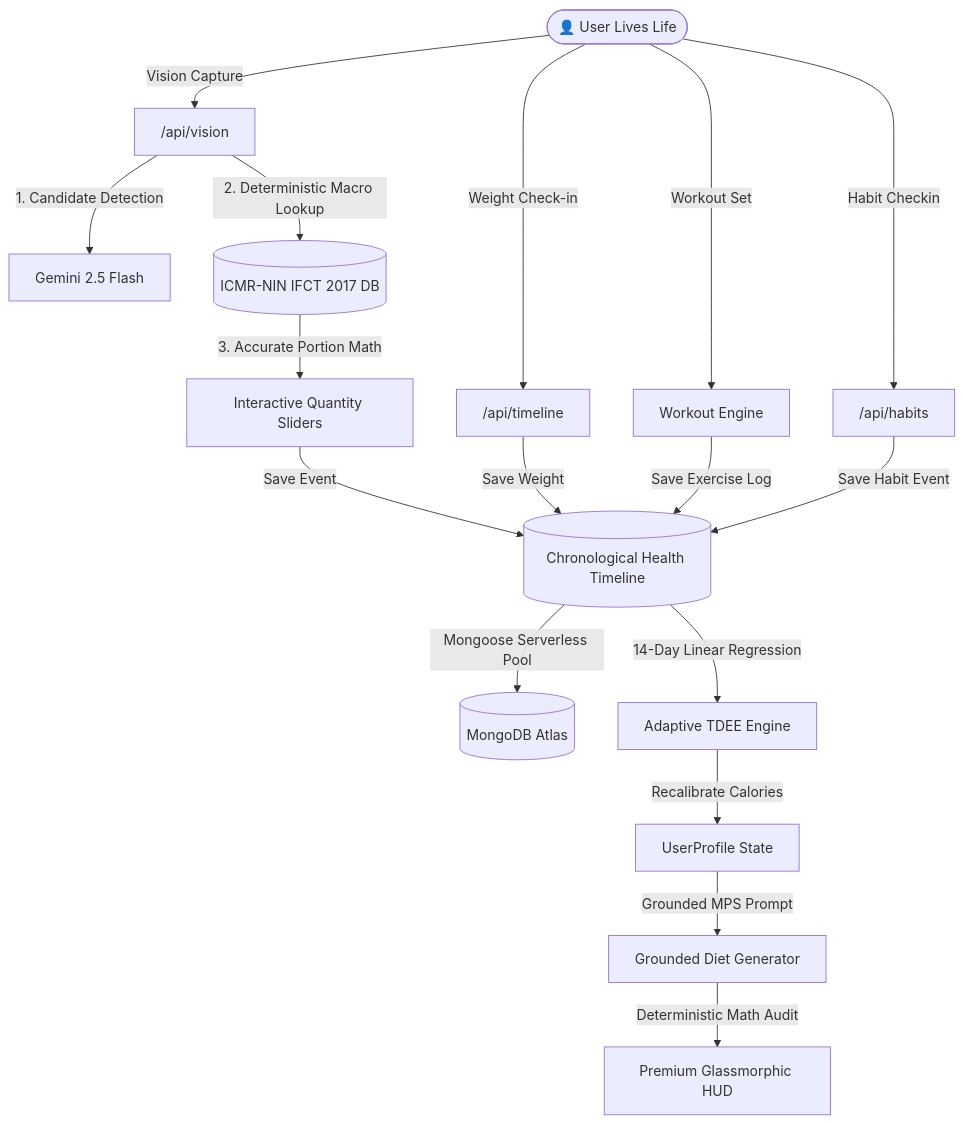
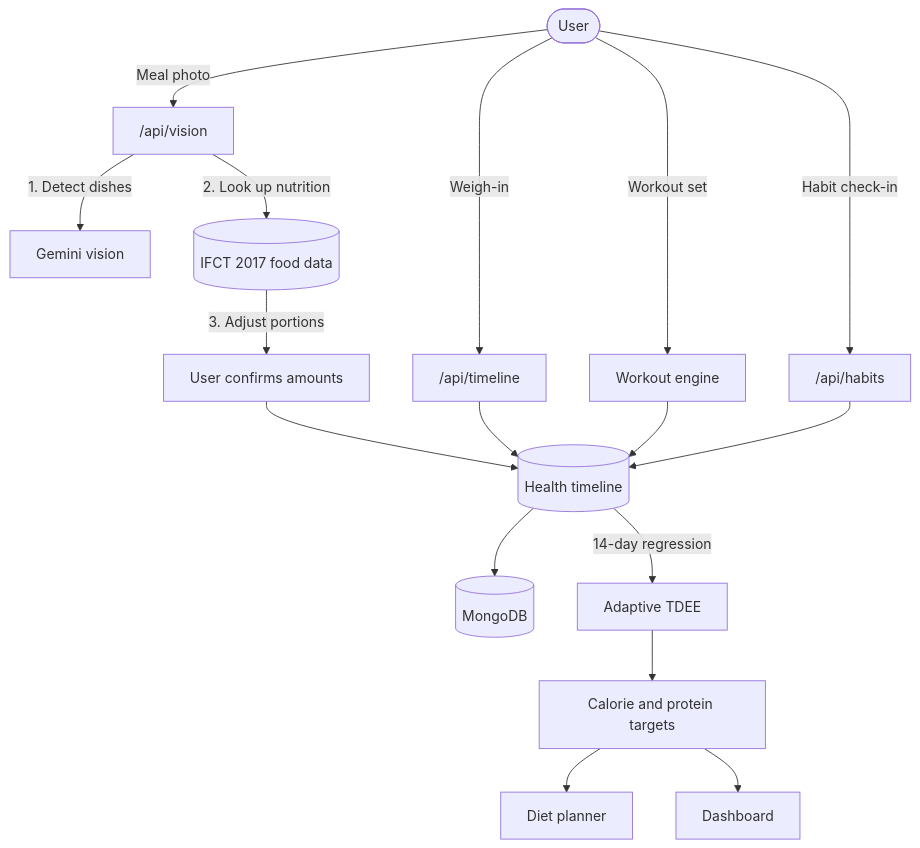
Before and after one commit to AdityaThakur193/HealthOs: the diagram in README.md, drawn with Mermaid. The commit also changed other lines of this file and 14 other files, not shown here.

````diff
--- a/README.md
+++ b/README.md
@@ -31,26 +52,22 @@
 ```mermaid
 graph TD
-    %% User Action Layer
-    User([👤 User Lives Life]) -->|Vision Capture| VisionAPI["/api/vision"]
-    User -->|Weight Check-in| TimelineAPI["/api/timeline"]
-    User -->|Workout Set| WorkoutEngine["Workout Engine"]
-    User -->|Habit Checkin| HabitsAPI["/api/habits"]
+    User([User]) -->|Meal photo| Vision["/api/vision"]
+    User -->|Weigh-in| Timeline["/api/timeline"]
+    User -->|Workout set| Workout["Workout engine"]
+    User -->|Habit check-in| Habits["/api/habits"]
 
-    %% Vision Pipeline
-    VisionAPI -->|1. Candidate Detection| GeminiVision["Gemini 2.5 Flash"]
-    VisionAPI -->|2. Deterministic Macro Lookup| IFCTDB[("ICMR-NIN IFCT 2017 DB")]
-    IFCTDB -->|3. Accurate Portion Math| QuantityUI["Interactive Quantity Sliders"]
+    Vision -->|1. Detect dishes| Gemini["Gemini vision"]
+    Vision -->|2. Look up nutrition| IFCT[("IFCT 2017 food data")]
+    IFCT -->|3. Adjust portions| Confirm["User confirms amounts"]
 
-    %% Timeline & Database Layer
-    QuantityUI -->|Save Event| HealthTimeline[("Chronological Health Timeline")]
-    TimelineAPI -->|Save Weight| HealthTimeline
-    WorkoutEngine -->|Save Exercise Log| HealthTimeline
-    HabitsAPI -->|Save Habit Event| HealthTimeline
-    HealthTimeline -->|Mongoose Serverless Pool| MongoDB[("MongoDB Atlas")]
+    Confirm --> HT[("Health timeline")]
+    Timeline --> HT
+    Workout --> HT
+    Habits --> HT
+    HT --> Mongo[("MongoDB")]
 
-    %% Adaptive Decision Engine
-    HealthTimeline -->|14-Day Linear Regression| AdaptiveTDEE["Adaptive TDEE Engine"]
-    AdaptiveTDEE -->|Recalibrate Calories| ProfileState["UserProfile State"]
-    ProfileState -->|Grounded MPS Prompt| DietEngine["Grounded Diet Generator"]
-    DietEngine -->|Deterministic Math Audit| HUDDashboard["Premium Glassmorphic HUD"]
+    HT -->|14-day regression| TDEE["Adaptive TDEE"]
+    TDEE --> Profile["Calorie and protein targets"]
+    Profile --> Diet["Diet planner"]
+    Profile --> Dashboard["Dashboard"]
 ```
````
